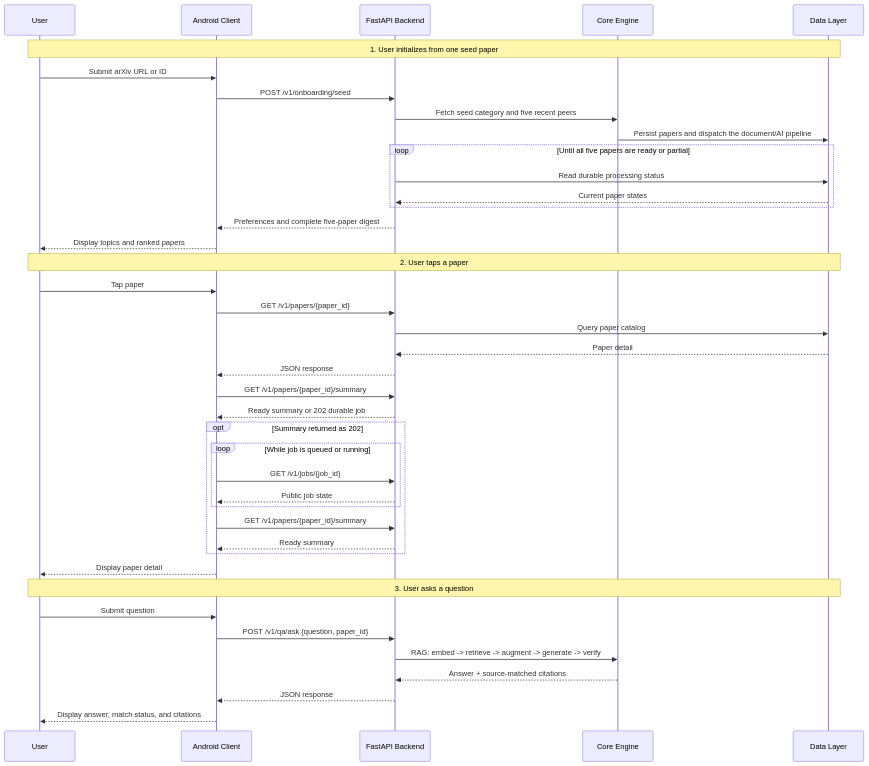
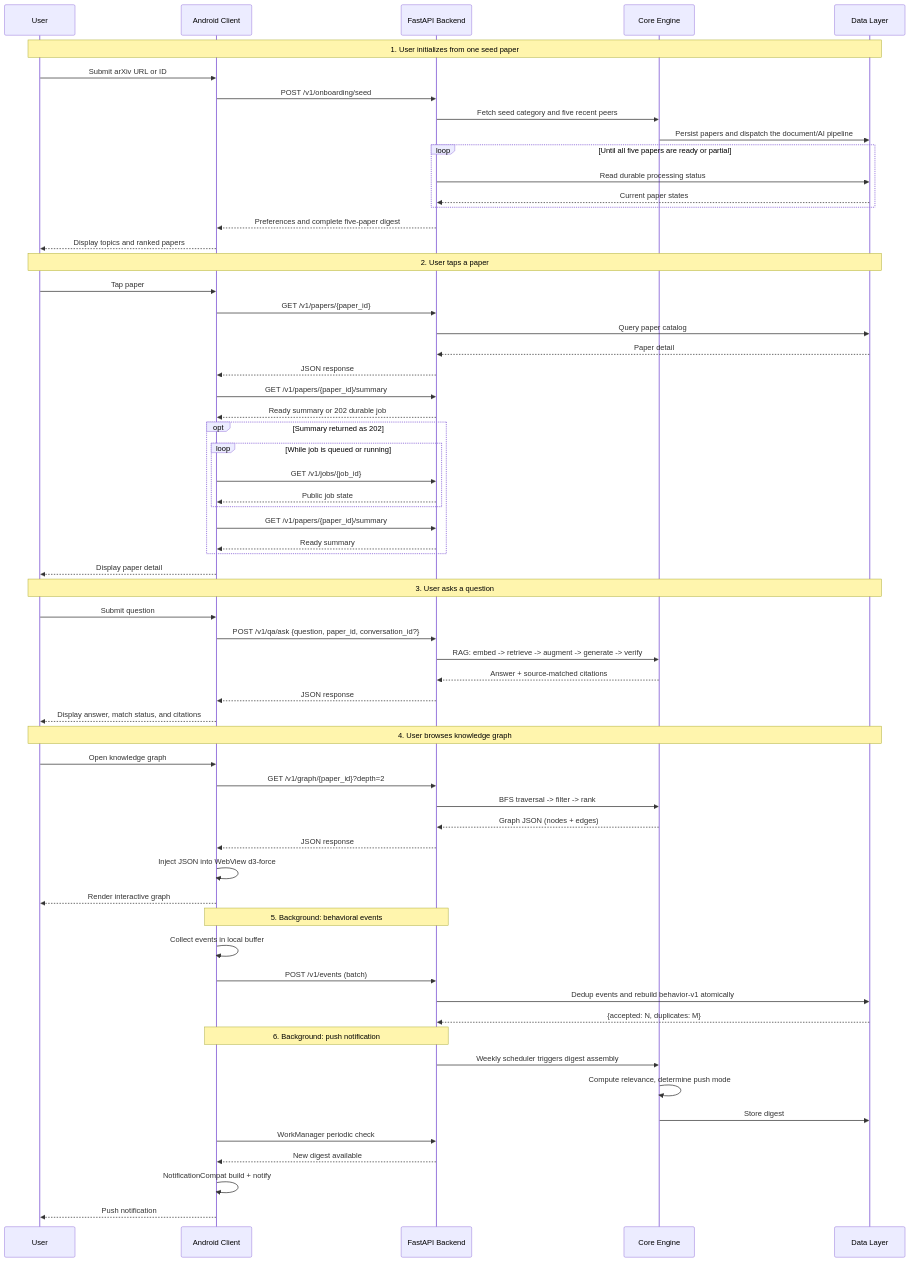
One commit to YUcxovo/MNEME changed the fourth of 4 diagrams in README.md. Above: the diagram before and after it, drawn with Mermaid. The commit also changed other lines of this file and 8 other files, not shown here.

````diff
--- a/README.md
+++ b/README.md
@@ -427,46 +429,70 @@
 ```mermaid
 sequenceDiagram
     participant U as User
     participant A as Android Client
     participant B as FastAPI Backend
     participant E as Core Engine
     participant D as Data Layer
 
     Note over U,D: 1. User initializes from one seed paper
     U->>A: Submit arXiv URL or ID
     A->>B: POST /v1/onboarding/seed
     B->>E: Fetch seed category and five recent peers
     E->>D: Persist papers and dispatch the document/AI pipeline
     loop Until all five papers are ready or partial
         B->>D: Read durable processing status
         D-->>B: Current paper states
     end
     B-->>A: Preferences and complete five-paper digest
     A-->>U: Display topics and ranked papers
 
     Note over U,D: 2. User taps a paper
     U->>A: Tap paper
     A->>B: GET /v1/papers/{paper_id}
     B->>D: Query paper catalog
     D-->>B: Paper detail
     B-->>A: JSON response
     A->>B: GET /v1/papers/{paper_id}/summary
     B-->>A: Ready summary or 202 durable job
     opt Summary returned as 202
         loop While job is queued or running
             A->>B: GET /v1/jobs/{job_id}
             B-->>A: Public job state
         end
         A->>B: GET /v1/papers/{paper_id}/summary
         B-->>A: Ready summary
     end
     A-->>U: Display paper detail
 
     Note over U,D: 3. User asks a question
     U->>A: Submit question
-    A->>B: POST /v1/qa/ask {question, paper_id}
+    A->>B: POST /v1/qa/ask {question, paper_id, conversation_id?}
     B->>E: RAG: embed -> retrieve -> augment -> generate -> verify
     E-->>B: Answer + source-matched citations
     B-->>A: JSON response
     A-->>U: Display answer, match status, and citations
+
+    Note over U,D: 4. User browses knowledge graph
+    U->>A: Open knowledge graph
+    A->>B: GET /v1/graph/{paper_id}?depth=2
+    B->>E: BFS traversal -> filter -> rank
+    E-->>B: Graph JSON (nodes + edges)
+    B-->>A: JSON response
+    A->>A: Inject JSON into WebView d3-force
+    A-->>U: Render interactive graph
+
+    Note over A,B: 5. Background: behavioral events
+    A->>A: Collect events in local buffer
+    A->>B: POST /v1/events (batch)
+    B->>D: Dedup events and rebuild behavior-v1 atomically
+    D-->>B: {accepted: N, duplicates: M}
+
+    Note over A,B: 6. Background: push notification
+    B->>E: Weekly scheduler triggers digest assembly
+    E->>E: Compute relevance, determine push mode
+    E->>D: Store digest
+    A->>B: WorkManager periodic check
+    B-->>A: New digest available
+    A->>A: NotificationCompat build + notify
+    A-->>U: Push notification
 ```
````
